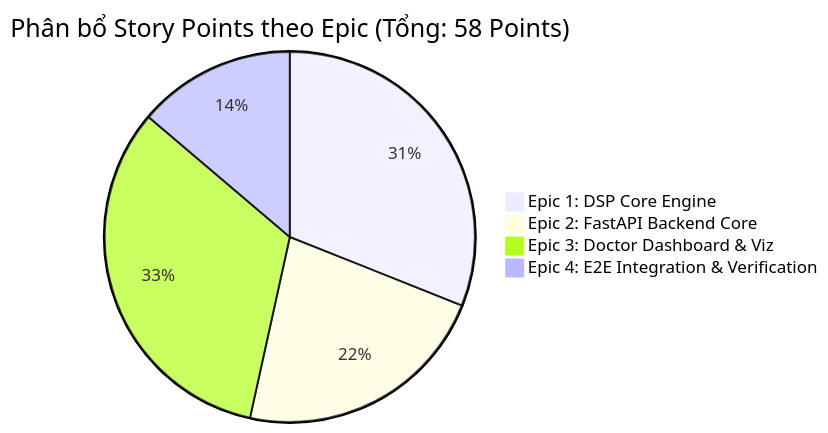
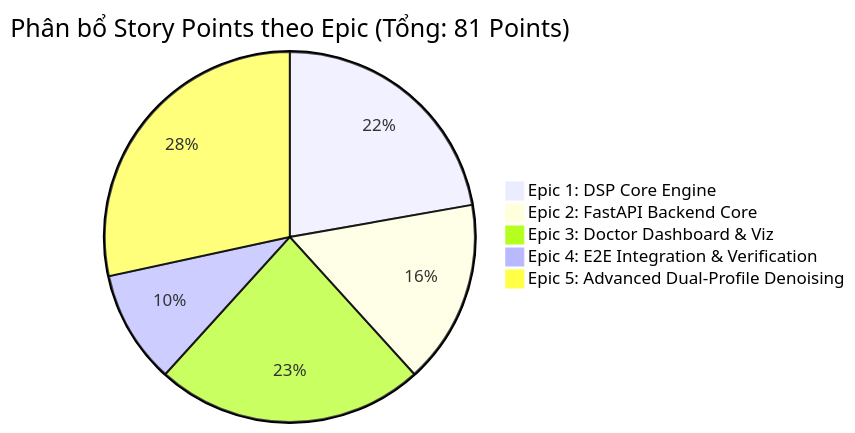
Before and after one commit to minhduc01168/respiratory-sound-denoising-viz: the diagram in docs/EPICS_AND_STORIES.md, drawn with Mermaid. The commit also changed other lines of this file and 32 other files, not shown here.

First line of the commit message:
feat(epic-5): implement dual-profile acoustic architecture and multi-algorithm denoising engine

````diff
--- a/docs/EPICS_AND_STORIES.md
+++ b/docs/EPICS_AND_STORIES.md
@@ -11,7 +11,8 @@
 ```mermaid
-pie title Phân bổ Story Points theo Epic (Tổng: 58 Points)
+pie title Phân bổ Story Points theo Epic (Tổng: 81 Points)
     "Epic 1: DSP Core Engine" : 18
     "Epic 2: FastAPI Backend Core" : 13
     "Epic 3: Doctor Dashboard & Viz" : 19
     "Epic 4: E2E Integration & Verification" : 8
+    "Epic 5: Advanced Dual-Profile Denoising" : 23
 ```
````
